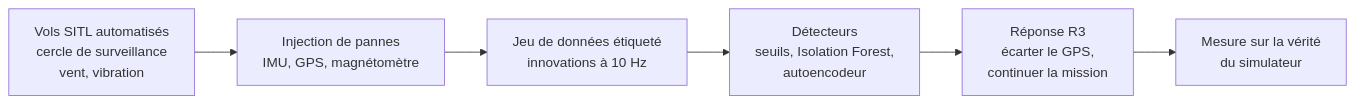
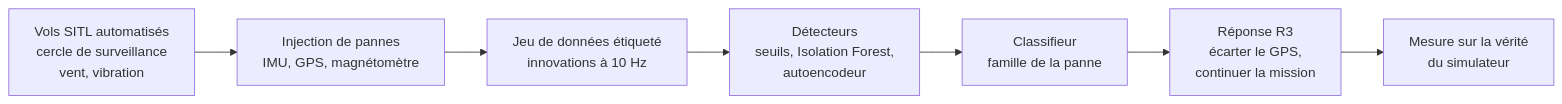
The diagram in README.md (AntCro29/uav-imu-fault-detection), drawn with Mermaid before and after one commit. The commit also changed other lines of this file and 5 other files, not shown here.

First line of the commit message:
feat: classifieur de la famille de panne, testé sur 36 vols neufs

````diff
--- a/README.md
+++ b/README.md
@@ -31,8 +31,9 @@
 ```mermaid
 flowchart LR
     A[Vols SITL automatisés<br/>cercle de surveillance<br/>vent, vibration] --> B[Injection de pannes<br/>IMU, GPS, magnétomètre]
     B --> C[Jeu de données étiqueté<br/>innovations à 10 Hz]
     C --> D[Détecteurs<br/>seuils, Isolation Forest,<br/>autoencodeur]
-    D --> E[Réponse R3<br/>écarter le GPS,<br/>continuer la mission]
+    D --> G[Classifieur<br/>famille de la panne]
+    G --> E[Réponse R3<br/>écarter le GPS,<br/>continuer la mission]
     E --> F[Mesure sur la vérité<br/>du simulateur]
 ```
````
